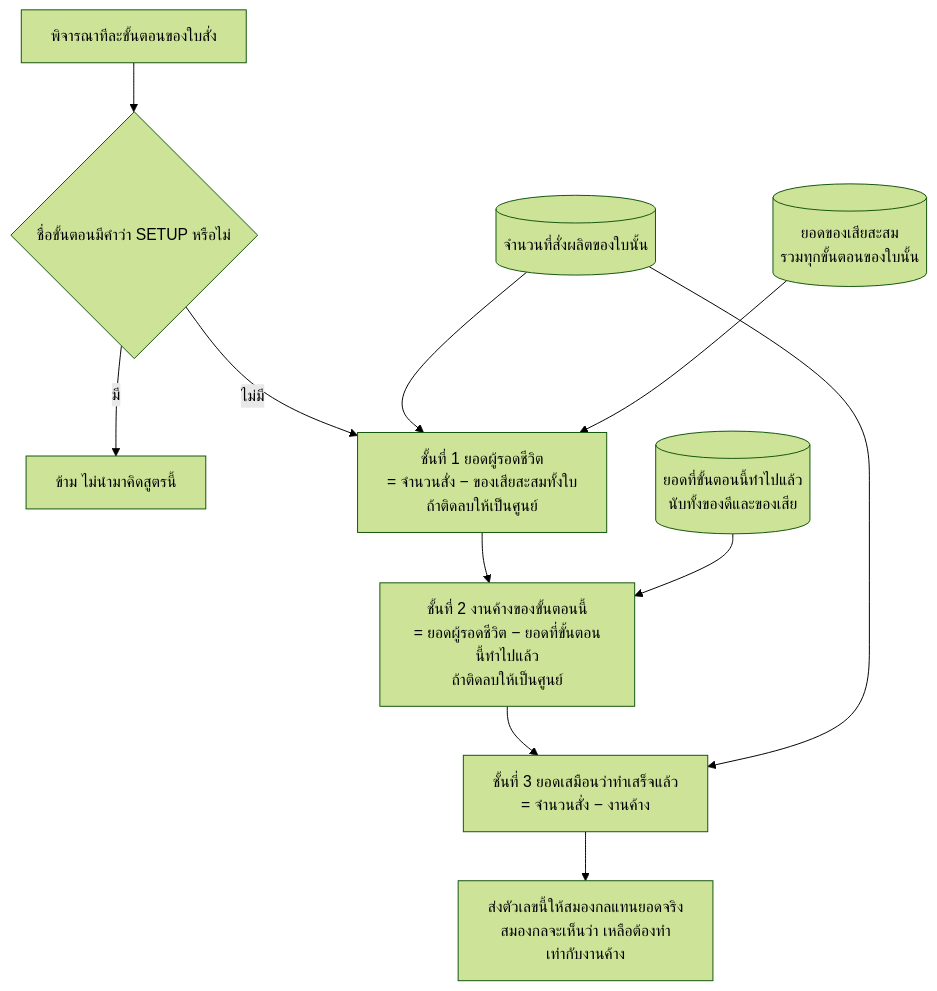
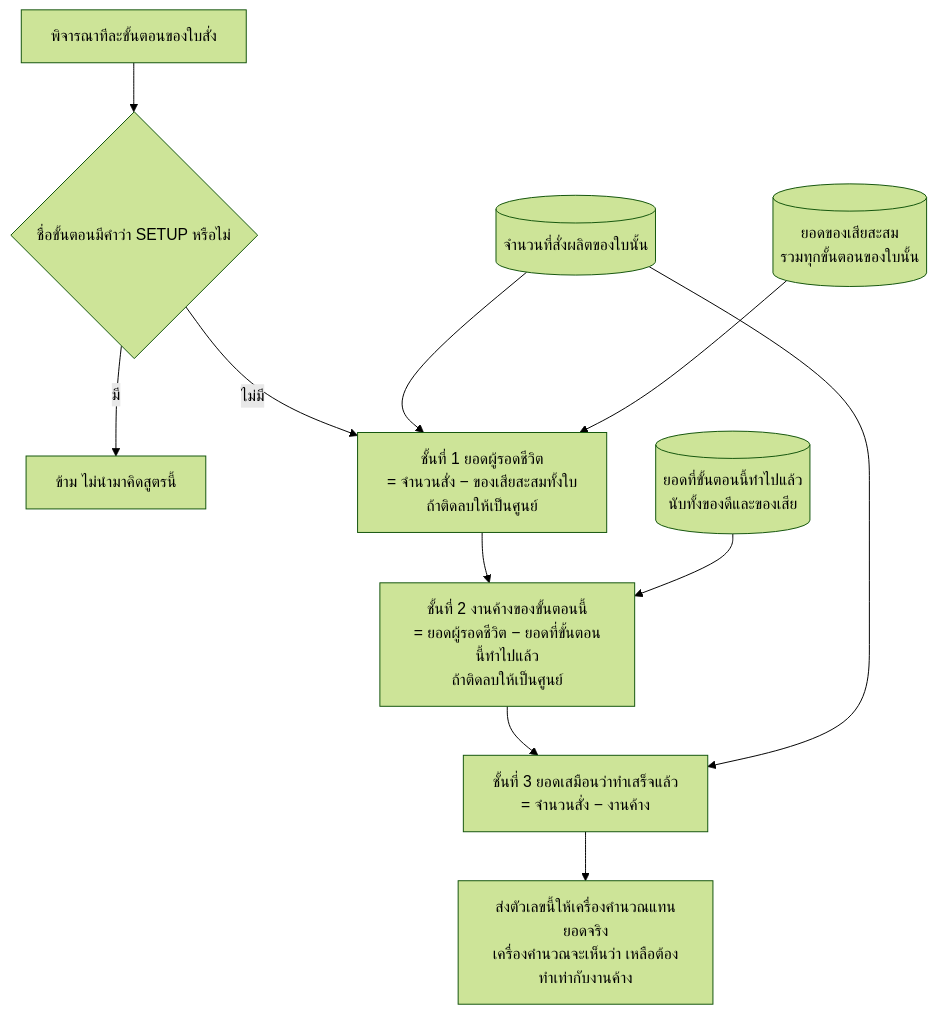
The fourth of 14 diagrams in backend/docs/SCHEDULER_FLOW.md (kornt-alt/mse-pc-auto-plan), drawn with Mermaid (forest theme) before and after one commit. The commit also changed other lines of this file, not shown here.

````diff
--- a/backend/docs/SCHEDULER_FLOW.md
+++ b/backend/docs/SCHEDULER_FLOW.md
@@ -146,20 +242,20 @@
 ```mermaid
 flowchart TD
     START["พิจารณาทีละขั้นตอนของใบสั่ง"] --> SKIP{"ชื่อขั้นตอนมีคำว่า SETUP หรือไม่"}
     SKIP -->|"มี"| SKIP2["ข้าม ไม่นำมาคิดสูตรนี้"]
     SKIP -->|"ไม่มี"| S
 
     IN1[("จำนวนที่สั่งผลิตของใบนั้น")] --> S
     IN2[("ยอดของเสียสะสม<br/>รวมทุกขั้นตอนของใบนั้น")] --> S
     S["ชั้นที่ 1 ยอดผู้รอดชีวิต<br/>= จำนวนสั่ง − ของเสียสะสมทั้งใบ<br/>ถ้าติดลบให้เป็นศูนย์"]
 
     S --> W
     IN3[("ยอดที่ขั้นตอนนี้ทำไปแล้ว<br/>นับทั้งของดีและของเสีย")] --> W
     W["ชั้นที่ 2 งานค้างของขั้นตอนนี้<br/>= ยอดผู้รอดชีวิต − ยอดที่ขั้นตอนนี้ทำไปแล้ว<br/>ถ้าติดลบให้เป็นศูนย์"]
 
     W --> F
     IN1 --> F
     F["ชั้นที่ 3 ยอดเสมือนว่าทำเสร็จแล้ว<br/>= จำนวนสั่ง − งานค้าง"]
 
-    F --> OUT["ส่งตัวเลขนี้ให้สมองกลแทนยอดจริง<br/>สมองกลจะเห็นว่า เหลือต้องทำเท่ากับงานค้าง"]
+    F --> OUT["ส่งตัวเลขนี้ให้เครื่องคำนวณแทนยอดจริง<br/>เครื่องคำนวณจะเห็นว่า เหลือต้องทำเท่ากับงานค้าง"]
 ```
````
